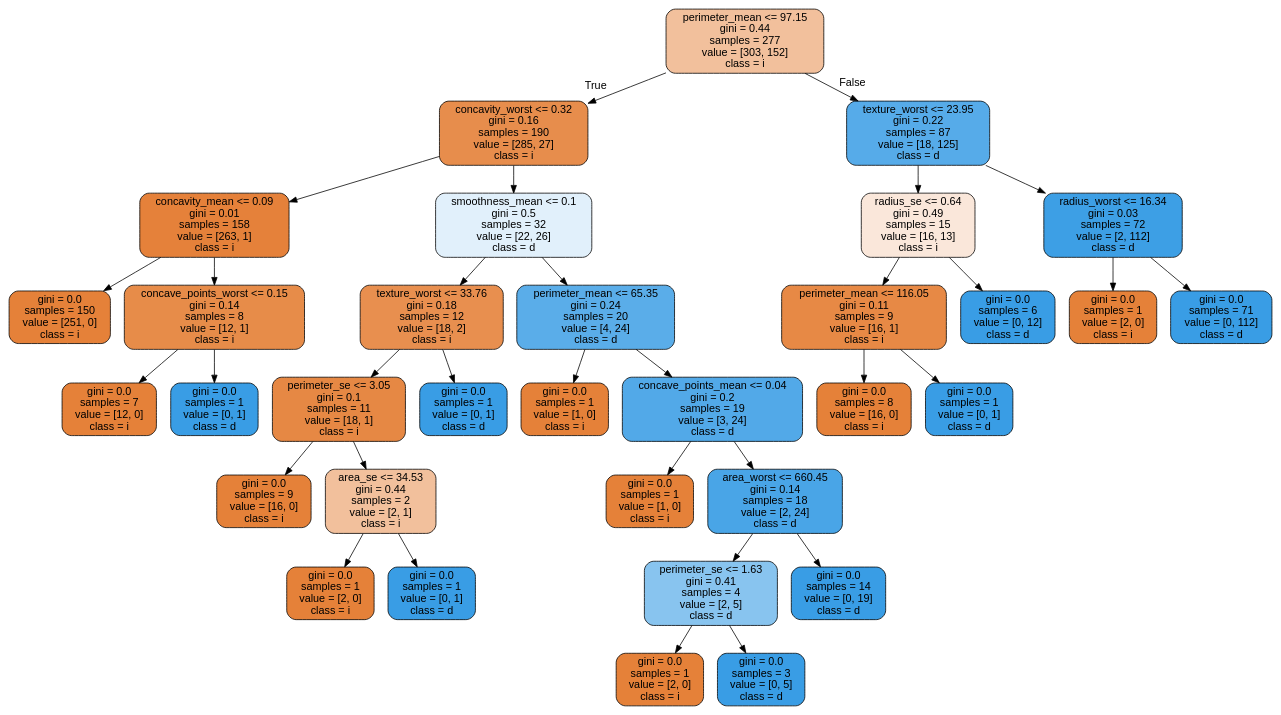
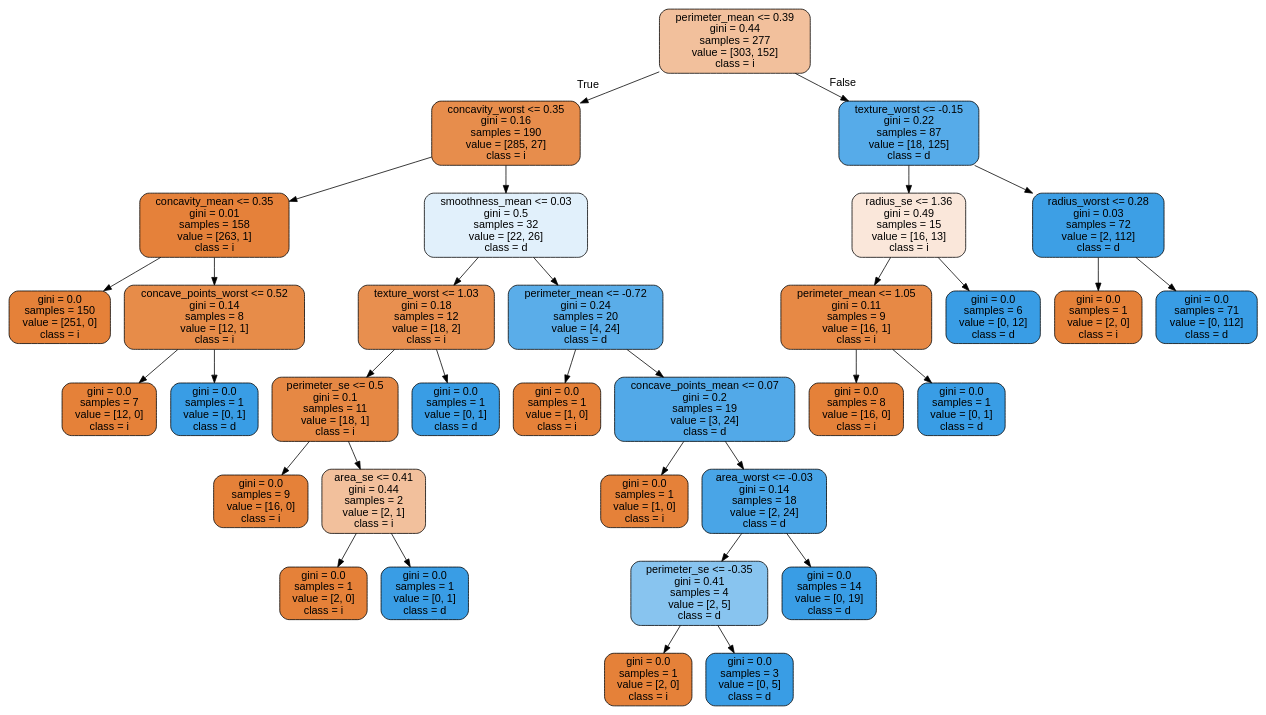
Before and after one commit to cyrilvincent/ML: the diagram in data/breast-cancer/tree.dot, drawn with Graphviz. The commit also changed 2 other files, not shown here.

```diff
--- a/data/breast-cancer/tree.dot
+++ b/data/breast-cancer/tree.dot
@@ -1,69 +1,69 @@
 digraph Tree {
 node [shape=box, style="filled, rounded", color="black", fontname="helvetica"] ;
 edge [fontname="helvetica"] ;
-0 [label="perimeter_mean <= 97.15\ngini = 0.44\nsamples = 277\nvalue = [303, 152]\nclass = i", fillcolor="#f2c09c"] ;
-1 [label="concavity_worst <= 0.32\ngini = 0.16\nsamples = 190\nvalue = [285, 27]\nclass = i", fillcolor="#e78d4c"] ;
+0 [label="perimeter_mean <= 0.39\ngini = 0.44\nsamples = 277\nvalue = [303, 152]\nclass = i", fillcolor="#f2c09c"] ;
+1 [label="concavity_worst <= 0.35\ngini = 0.16\nsamples = 190\nvalue = [285, 27]\nclass = i", fillcolor="#e78d4c"] ;
 0 -> 1 [labeldistance=2.5, labelangle=45, headlabel="True"] ;
-2 [label="concavity_mean <= 0.09\ngini = 0.01\nsamples = 158\nvalue = [263, 1]\nclass = i", fillcolor="#e5813a"] ;
+2 [label="concavity_mean <= 0.35\ngini = 0.01\nsamples = 158\nvalue = [263, 1]\nclass = i", fillcolor="#e5813a"] ;
 1 -> 2 ;
 3 [label="gini = 0.0\nsamples = 150\nvalue = [251, 0]\nclass = i", fillcolor="#e58139"] ;
 2 -> 3 ;
-4 [label="concave_points_worst <= 0.15\ngini = 0.14\nsamples = 8\nvalue = [12, 1]\nclass = i", fillcolor="#e78c49"] ;
+4 [label="concave_points_worst <= 0.52\ngini = 0.14\nsamples = 8\nvalue = [12, 1]\nclass = i", fillcolor="#e78c49"] ;
 2 -> 4 ;
 5 [label="gini = 0.0\nsamples = 7\nvalue = [12, 0]\nclass = i", fillcolor="#e58139"] ;
 4 -> 5 ;
 6 [label="gini = 0.0\nsamples = 1\nvalue = [0, 1]\nclass = d", fillcolor="#399de5"] ;
 4 -> 6 ;
-7 [label="smoothness_mean <= 0.1\ngini = 0.5\nsamples = 32\nvalue = [22, 26]\nclass = d", fillcolor="#e1f0fb"] ;
+7 [label="smoothness_mean <= 0.03\ngini = 0.5\nsamples = 32\nvalue = [22, 26]\nclass = d", fillcolor="#e1f0fb"] ;
 1 -> 7 ;
-8 [label="texture_worst <= 33.76\ngini = 0.18\nsamples = 12\nvalue = [18, 2]\nclass = i", fillcolor="#e88f4f"] ;
+8 [label="texture_worst <= 1.03\ngini = 0.18\nsamples = 12\nvalue = [18, 2]\nclass = i", fillcolor="#e88f4f"] ;
 7 -> 8 ;
-9 [label="perimeter_se <= 3.05\ngini = 0.1\nsamples = 11\nvalue = [18, 1]\nclass = i", fillcolor="#e68844"] ;
+9 [label="perimeter_se <= 0.5\ngini = 0.1\nsamples = 11\nvalue = [18, 1]\nclass = i", fillcolor="#e68844"] ;
 8 -> 9 ;
 10 [label="gini = 0.0\nsamples = 9\nvalue = [16, 0]\nclass = i", fillcolor="#e58139"] ;
 9 -> 10 ;
-11 [label="area_se <= 34.53\ngini = 0.44\nsamples = 2\nvalue = [2, 1]\nclass = i", fillcolor="#f2c09c"] ;
+11 [label="area_se <= 0.41\ngini = 0.44\nsamples = 2\nvalue = [2, 1]\nclass = i", fillcolor="#f2c09c"] ;
 9 -> 11 ;
 12 [label="gini = 0.0\nsamples = 1\nvalue = [2, 0]\nclass = i", fillcolor="#e58139"] ;
 11 -> 12 ;
 13 [label="gini = 0.0\nsamples = 1\nvalue = [0, 1]\nclass = d", fillcolor="#399de5"] ;
 11 -> 13 ;
 14 [label="gini = 0.0\nsamples = 1\nvalue = [0, 1]\nclass = d", fillcolor="#399de5"] ;
 8 -> 14 ;
-15 [label="perimeter_mean <= 65.35\ngini = 0.24\nsamples = 20\nvalue = [4, 24]\nclass = d", fillcolor="#5aade9"] ;
+15 [label="perimeter_mean <= -0.72\ngini = 0.24\nsamples = 20\nvalue = [4, 24]\nclass = d", fillcolor="#5aade9"] ;
 7 -> 15 ;
 16 [label="gini = 0.0\nsamples = 1\nvalue = [1, 0]\nclass = i", fillcolor="#e58139"] ;
 15 -> 16 ;
-17 [label="concave_points_mean <= 0.04\ngini = 0.2\nsamples = 19\nvalue = [3, 24]\nclass = d", fillcolor="#52a9e8"] ;
+17 [label="concave_points_mean <= 0.07\ngini = 0.2\nsamples = 19\nvalue = [3, 24]\nclass = d", fillcolor="#52a9e8"] ;
 15 -> 17 ;
 18 [label="gini = 0.0\nsamples = 1\nvalue = [1, 0]\nclass = i", fillcolor="#e58139"] ;
 17 -> 18 ;
-19 [label="area_worst <= 660.45\ngini = 0.14\nsamples = 18\nvalue = [2, 24]\nclass = d", fillcolor="#49a5e7"] ;
+19 [label="area_worst <= -0.03\ngini = 0.14\nsamples = 18\nvalue = [2, 24]\nclass = d", fillcolor="#49a5e7"] ;
 17 -> 19 ;
-20 [label="perimeter_se <= 1.63\ngini = 0.41\nsamples = 4\nvalue = [2, 5]\nclass = d", fillcolor="#88c4ef"] ;
+20 [label="perimeter_se <= -0.35\ngini = 0.41\nsamples = 4\nvalue = [2, 5]\nclass = d", fillcolor="#88c4ef"] ;
 19 -> 20 ;
 21 [label="gini = 0.0\nsamples = 1\nvalue = [2, 0]\nclass = i", fillcolor="#e58139"] ;
 20 -> 21 ;
 22 [label="gini = 0.0\nsamples = 3\nvalue = [0, 5]\nclass = d", fillcolor="#399de5"] ;
 20 -> 22 ;
 23 [label="gini = 0.0\nsamples = 14\nvalue = [0, 19]\nclass = d", fillcolor="#399de5"] ;
 19 -> 23 ;
-24 [label="texture_worst <= 23.95\ngini = 0.22\nsamples = 87\nvalue = [18, 125]\nclass = d", fillcolor="#56abe9"] ;
+24 [label="texture_worst <= -0.15\ngini = 0.22\nsamples = 87\nvalue = [18, 125]\nclass = d", fillcolor="#56abe9"] ;
 0 -> 24 [labeldistance=2.5, labelangle=-45, headlabel="False"] ;
-25 [label="radius_se <= 0.64\ngini = 0.49\nsamples = 15\nvalue = [16, 13]\nclass = i", fillcolor="#fae7da"] ;
+25 [label="radius_se <= 1.36\ngini = 0.49\nsamples = 15\nvalue = [16, 13]\nclass = i", fillcolor="#fae7da"] ;
 24 -> 25 ;
-26 [label="perimeter_mean <= 116.05\ngini = 0.11\nsamples = 9\nvalue = [16, 1]\nclass = i", fillcolor="#e78945"] ;
+26 [label="perimeter_mean <= 1.05\ngini = 0.11\nsamples = 9\nvalue = [16, 1]\nclass = i", fillcolor="#e78945"] ;
 25 -> 26 ;
 27 [label="gini = 0.0\nsamples = 8\nvalue = [16, 0]\nclass = i", fillcolor="#e58139"] ;
 26 -> 27 ;
 28 [label="gini = 0.0\nsamples = 1\nvalue = [0, 1]\nclass = d", fillcolor="#399de5"] ;
 26 -> 28 ;
 29 [label="gini = 0.0\nsamples = 6\nvalue = [0, 12]\nclass = d", fillcolor="#399de5"] ;
 25 -> 29 ;
-30 [label="radius_worst <= 16.34\ngini = 0.03\nsamples = 72\nvalue = [2, 112]\nclass = d", fillcolor="#3d9fe5"] ;
+30 [label="radius_worst <= 0.28\ngini = 0.03\nsamples = 72\nvalue = [2, 112]\nclass = d", fillcolor="#3d9fe5"] ;
 24 -> 30 ;
 31 [label="gini = 0.0\nsamples = 1\nvalue = [2, 0]\nclass = i", fillcolor="#e58139"] ;
 30 -> 31 ;
 32 [label="gini = 0.0\nsamples = 71\nvalue = [0, 112]\nclass = d", fillcolor="#399de5"] ;
 30 -> 32 ;
 }
```
